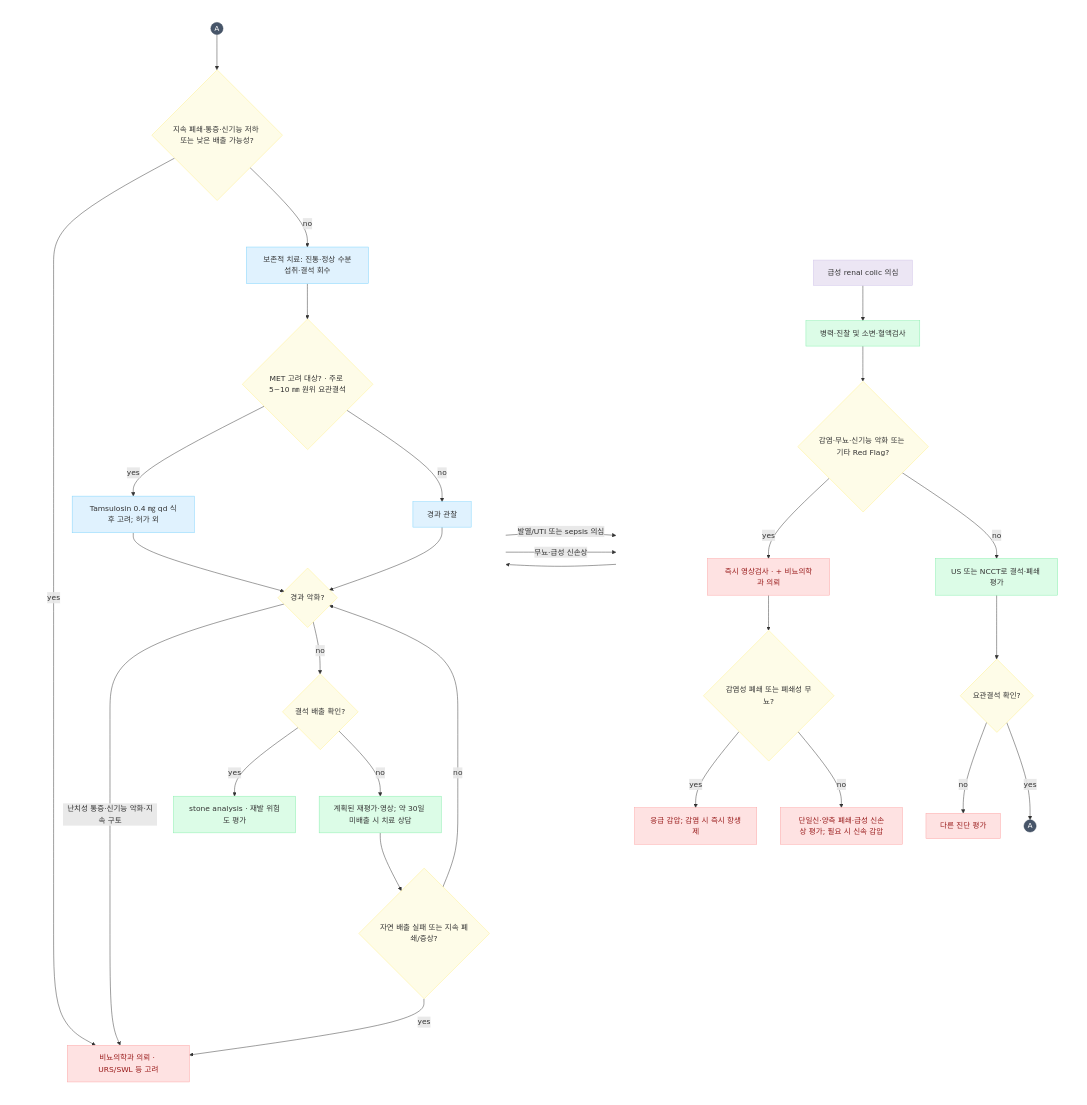
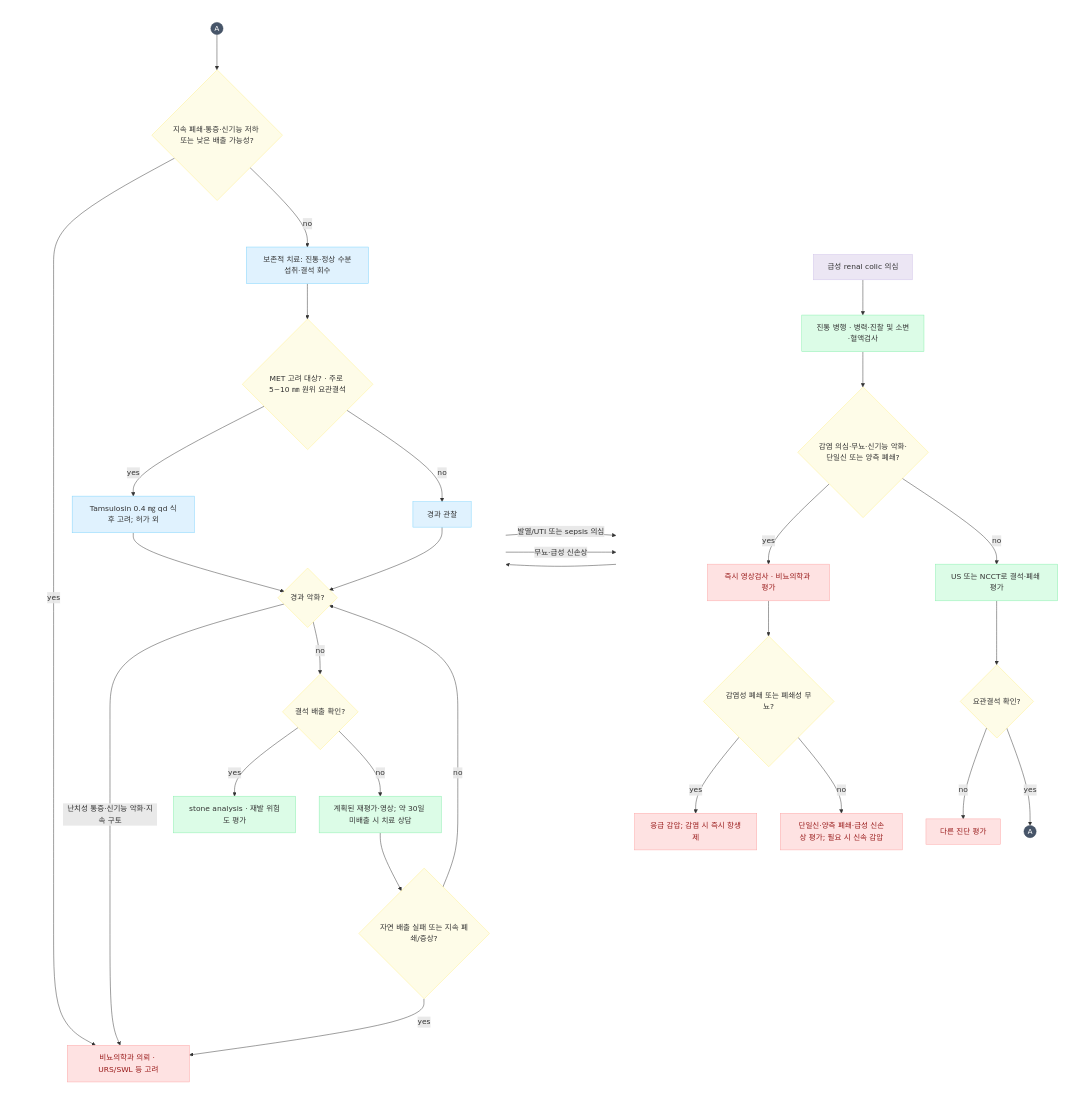
Before and after one commit to familyoh77/familyoh77: the diagram in 227_/133_-urolithiasis.md, drawn with Mermaid. The commit also changed other lines of this file and 5 other files, not shown here.

````diff
--- a/227_/133_-urolithiasis.md
+++ b/227_/133_-urolithiasis.md
@@ -169,69 +170,69 @@
 ```mermaid
 flowchart LR
     subgraph Col1 [" "]
         direction TB
 
-        NodeA["급성 renal colic 의심"] --> NodeB["병력·진찰 및 소변·혈액검사"]
+        NodeA["급성 renal colic 의심"] --> NodeB["진통 병행 · 병력·진찰 및 소변·혈액검사"]
 
-        NodeB --> NodeC{"감염·무뇨·신기능 악화 또는 기타 Red Flag?"}
+        NodeB --> NodeC{"감염 의심·무뇨·신기능 악화·단일신 또는 양측 폐쇄?"}
 
-        NodeC -- yes --> NodeD["즉시 영상검사 · + 비뇨의학과 의뢰"]
+        NodeC -- yes --> NodeD["즉시 영상검사 · 비뇨의학과 평가"]
 
         NodeD --> NodeE{"감염성 폐쇄 또는 폐쇄성 무뇨?"}
         NodeE -- yes --> NodeF["응급 감압; 감염 시 즉시 항생제"]
         NodeE -- no --> NodeG["단일신·양측 폐쇄·급성 신손상 평가; 필요 시 신속 감압"]
 
         NodeC -- no --> NodeH["US 또는 NCCT로 결석·폐쇄 평가"]
 
         NodeH --> NodeI{"요관결석 확인?"}
         NodeI -- no --> NodeJ["다른 진단 평가"]
         NodeI -- yes --> NodeK(("A"))
     end
 
     subgraph Col2 [" "]
         direction TB
 
         NodeK2(("A")) --> NodeL{"지속 폐쇄·통증·신기능 저하 또는 낮은 배출 가능성?"}
 
         NodeL -- yes --> NodeM["비뇨의학과 의뢰 · URS/SWL 등 고려"]
         NodeL -- no --> NodeN["보존적 치료: 진통·정상 수분섭취·결석 회수"]
 
         NodeN --> NodeO{"MET 고려 대상? · 주로 5~10 ㎜ 원위 요관결석"}
         NodeO -- yes --> NodeP["Tamsulosin 0.4 ㎎ qd 식후 고려; 허가 외"]
         NodeO -- no --> NodeQ["경과 관찰"]
 
         NodeP --> NodeR{"경과 악화?"}
         NodeQ --> NodeR
 
         NodeR -- "발열/UTI 또는 sepsis 의심" --> NodeD
         NodeR -- "무뇨·급성 신손상" --> NodeD
         NodeR -- "난치성 통증·신기능 악화·지속 구토" --> NodeM
         NodeR -- no --> NodeS{"결석 배출 확인?"}
 
         NodeS -- yes --> NodeT["stone analysis · 재발 위험도 평가"]
         NodeS -- no --> NodeU["계획된 재평가·영상; 약 30일 미배출 시 치료 상담"]
 
         NodeU --> NodeV{"자연 배출 실패 또는 지속 폐쇄/증상?"}
         NodeV -- yes --> NodeM
         NodeV -- no --> NodeR
     end
 
     NodeK --> NodeK2
 
     style Col1 fill:none,stroke:none
     style Col2 fill:none,stroke:none
 
     classDef startNode fill:#ECE6F4,stroke:#D1C4E9,stroke-width:1px;
     classDef decision fill:#FEFCE8,stroke:#FEF08A,stroke-width:1px;
     classDef alert fill:#FEE2E2,stroke:#FCA5A5,stroke-width:1px,color:#991B1B;
     classDef greenBox fill:#DCFCE7,stroke:#86EFAC,stroke-width:1px;
     classDef blueBox fill:#E0F2FE,stroke:#7DD3FC,stroke-width:1px;
     classDef conn fill:#475569,stroke:#334155,stroke-width:1px,color:#FFFFFF;
 
     class NodeA startNode;
     class NodeC,NodeE,NodeI,NodeL,NodeO,NodeR,NodeS,NodeV decision;
     class NodeD,NodeF,NodeG,NodeJ,NodeM alert;
     class NodeB,NodeH,NodeT,NodeU greenBox;
     class NodeN,NodeP,NodeQ blueBox;
     class NodeK,NodeK2 conn;
 ```
````
